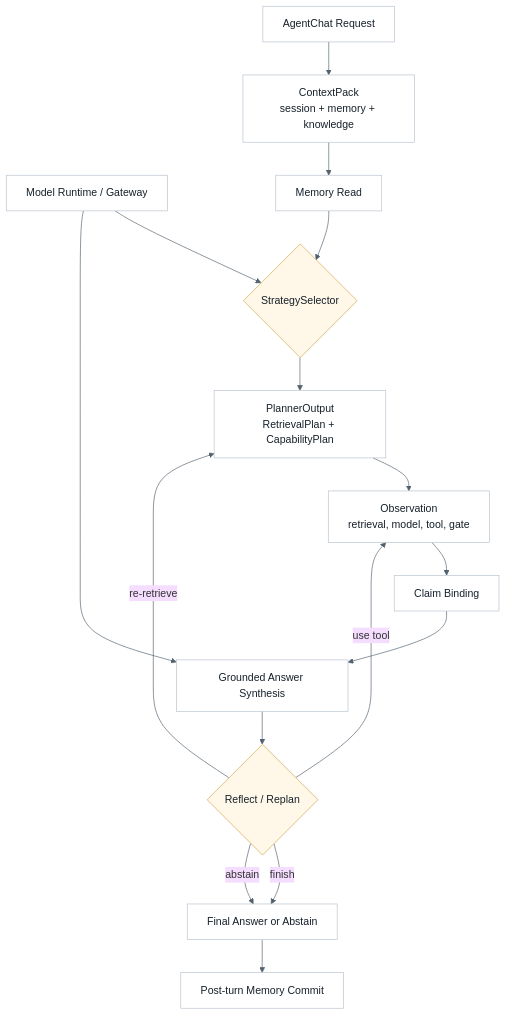
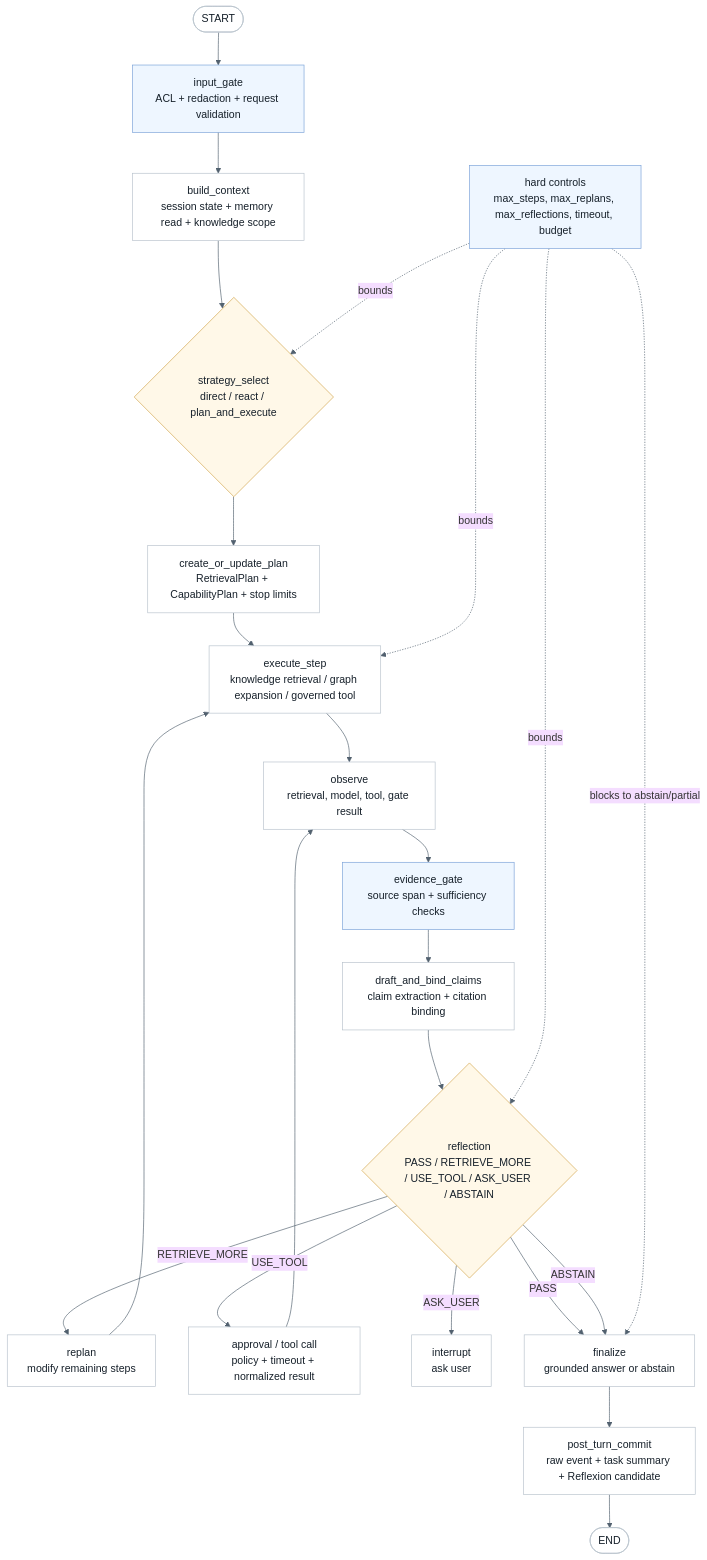
One commit to ProfessorZhi/Zuno changed the eighth of 13 diagrams in docs/architecture/architecture.md. Above: the diagram before and after it, drawn with Mermaid. The commit also changed other lines of this file and 9 other files, not shown here.

Commit message:
Clarify logical and physical architecture views

````diff
--- a/docs/architecture/architecture.md
+++ b/docs/architecture/architecture.md
@@ -696,33 +826,41 @@
 ```mermaid
 %%{init: {"theme": "base", "themeVariables": {"background": "#f7f8fb", "lineColor": "#52616f"}}}%%
 flowchart TB
   classDef node fill:#ffffff,stroke:#b8c2cc,stroke-width:1px,color:#16202a;
   classDef decision fill:#fff8e8,stroke:#d2a44a,stroke-width:1px,color:#16202a;
+  classDef gate fill:#eef6ff,stroke:#7aa2d8,stroke-width:1px,color:#16202a;
 
-  Request["AgentChat Request"]
-  Model["Model Runtime / Gateway"]
-  Context["ContextPack<br/>session + memory + knowledge"]
-  Memory["Memory Read"]
-  Strategy{"StrategySelector"}
-  Plan["PlannerOutput<br/>RetrievalPlan + CapabilityPlan"]
-  Observe["Observation<br/>retrieval, model, tool, gate"]
-  Bind["Claim Binding"]
-  Synthesis["Grounded Answer Synthesis"]
-  Reflect{"Reflect / Replan"}
-  Commit["Post-turn Memory Commit"]
-  Final["Final Answer or Abstain"]
+  Start(["START"])
+  InputGate["input_gate<br/>ACL + redaction + request validation"]
+  Context["build_context<br/>session state + memory read + knowledge scope"]
+  Strategy{"strategy_select<br/>direct / react / plan_and_execute"}
+  Plan["create_or_update_plan<br/>RetrievalPlan + CapabilityPlan + stop limits"]
+  Execute["execute_step<br/>knowledge retrieval / graph expansion / governed tool"]
+  Observe["observe<br/>retrieval, model, tool, gate result"]
+  EvidenceGate["evidence_gate<br/>source span + sufficiency checks"]
+  Draft["draft_and_bind_claims<br/>claim extraction + citation binding"]
+  Reflect{"reflection<br/>PASS / RETRIEVE_MORE / USE_TOOL / ASK_USER / ABSTAIN"}
+  Replan["replan<br/>modify remaining steps"]
+  Tool["approval / tool call<br/>policy + timeout + normalized result"]
+  Interrupt["interrupt<br/>ask user"]
+  Finalize["finalize<br/>grounded answer or abstain"]
+  Commit["post_turn_commit<br/>raw event + task summary + Reflexion candidate"]
+  End(["END"])
+  Limits["hard controls<br/>max_steps, max_replans, max_reflections, timeout, budget"]
 
-  Request --> Context
-  Context --> Memory --> Strategy
-  Strategy --> Plan --> Observe --> Bind --> Synthesis --> Reflect
-  Model --> Strategy
-  Model --> Synthesis
-  Reflect -->|finish| Final
-  Reflect -->|re-retrieve| Plan
-  Reflect -->|use tool| Observe
-  Reflect -->|abstain| Final
-  Final --> Commit
+  Start --> InputGate --> Context --> Strategy --> Plan --> Execute --> Observe --> EvidenceGate --> Draft --> Reflect
+  Reflect -->|PASS| Finalize
+  Reflect -->|RETRIEVE_MORE| Replan --> Execute
+  Reflect -->|USE_TOOL| Tool --> Observe
+  Reflect -->|ASK_USER| Interrupt
+  Reflect -->|ABSTAIN| Finalize
+  Finalize --> Commit --> End
+  Limits -. bounds .-> Strategy
+  Limits -. bounds .-> Execute
+  Limits -. bounds .-> Reflect
+  Limits -. blocks to abstain/partial .-> Finalize
 
-  class Request,Model,Context,Memory,Plan,Observe,Bind,Synthesis,Commit,Final node;
+  class Start,InputGate,Context,Plan,Execute,Observe,EvidenceGate,Draft,Replan,Tool,Interrupt,Finalize,Commit,End node;
   class Strategy,Reflect decision;
+  class InputGate,EvidenceGate,Limits gate;
 ```
````
